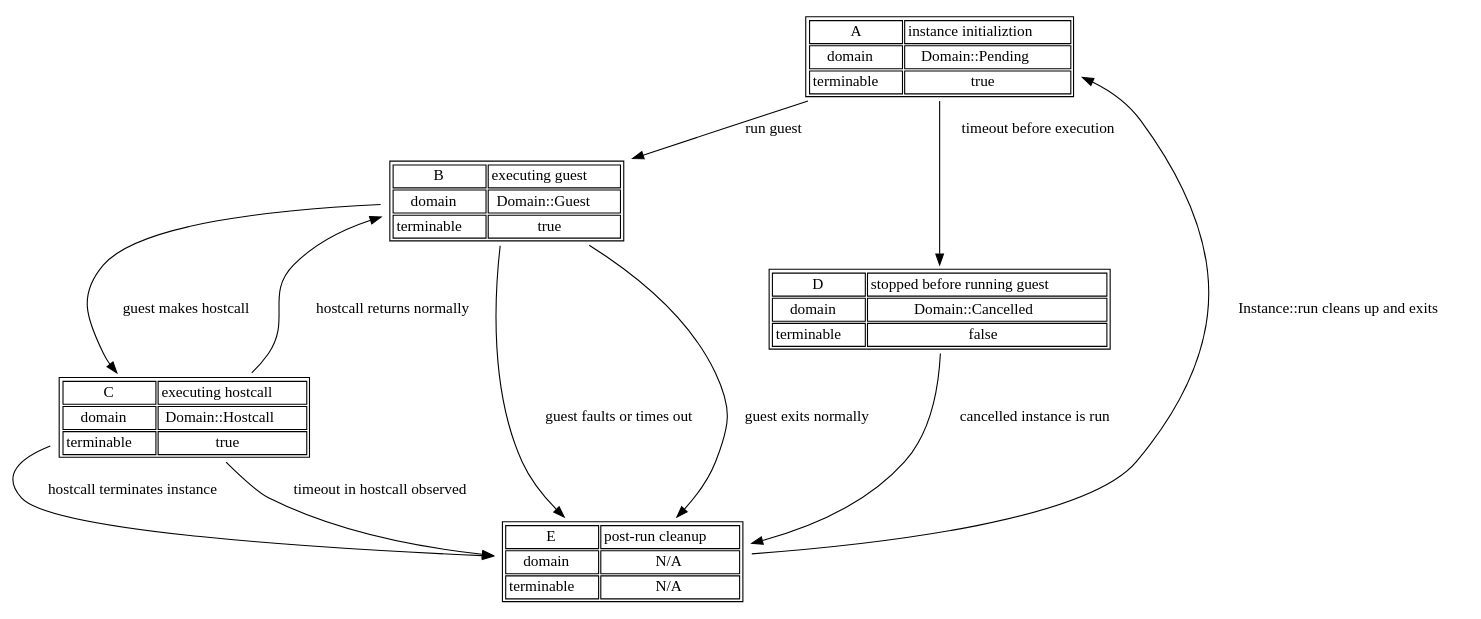
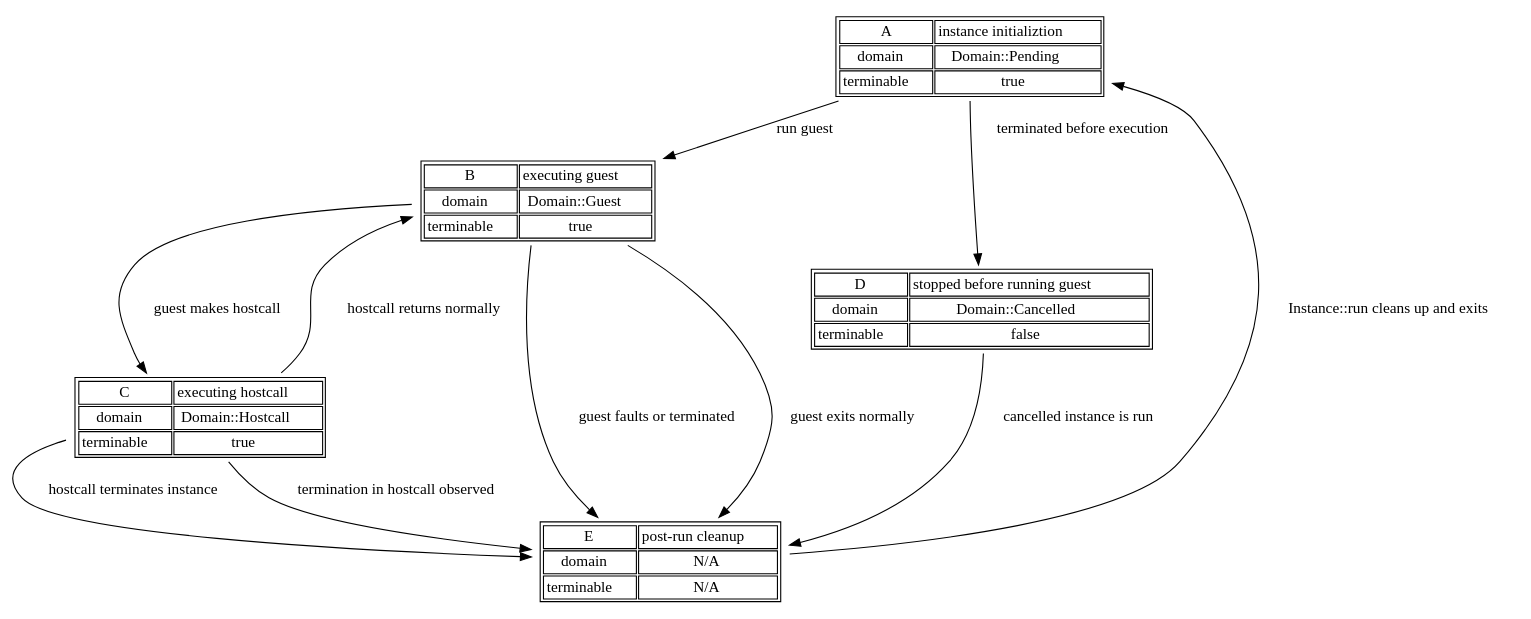
Before and after one commit to bytecodealliance/lucet: the diagram in docs/src/lucet-runtime/states.dot, drawn with Graphviz. The commit also changed 3 other files, not shown here.

```diff
--- a/docs/src/lucet-runtime/states.dot
+++ b/docs/src/lucet-runtime/states.dot
@@ -1,50 +1,50 @@
 // After editing, re-generate with `dot states.dot -Tpng > states.png`!
 
 digraph G {
   init [shape=plaintext, label=<
     <table cellborder='1'>
       <tr><td>A</td><td>instance initializtion</td></tr>
       <tr><td>domain</td><td>Domain::Pending</td></tr>
       <tr><td>terminable</td><td>true</td></tr>
     </table>
   >];
   guest [shape=plaintext, label=<
     <table cellborder='1'>
       <tr><td>B</td><td>executing guest</td></tr>
       <tr><td>domain</td><td>Domain::Guest</td></tr>
       <tr><td>terminable</td><td>true</td></tr>
     </table>
   >];
   hostcall [shape=plaintext, label=<
     <table cellborder='1'>
       <tr><td>C</td><td>executing hostcall</td></tr>
       <tr><td>domain</td><td>Domain::Hostcall</td></tr>
       <tr><td>terminable</td><td>true</td></tr>
     </table>
   >];
   cancelled [shape=plaintext, label=<
     <table cellborder='1'>
       <tr><td>D</td><td>stopped before running guest</td></tr>
       <tr><td>domain</td><td>Domain::Cancelled</td></tr>
       <tr><td>terminable</td><td>false</td></tr>
     </table>
   >];
   terminated [shape=plaintext, label=<
     <table cellborder='1'>
       <tr><td>E</td><td>post-run cleanup</td></tr>
       <tr><td>domain</td><td>N/A</td></tr>
       <tr><td>terminable</td><td>N/A</td></tr>
     </table>
   >];
 
   init -> guest [label="run guest"];
-  init -> cancelled [label="timeout before execution"];
+  init -> cancelled [label="terminated before execution"];
   guest -> hostcall [label="guest makes hostcall"];
-  guest -> terminated [label="guest faults or times out"];
+  guest -> terminated [label="guest faults or terminated"];
   guest -> terminated [label="guest exits normally"];
   hostcall -> terminated [label="hostcall terminates instance"];
-  hostcall -> terminated [label="timeout in hostcall observed"];
+  hostcall -> terminated [label="termination in hostcall observed"];
   hostcall -> guest [label="hostcall returns normally"];
   cancelled -> terminated [label="cancelled instance is run"];
   terminated -> init [label="Instance::run cleans up and exits"];
 }
```
